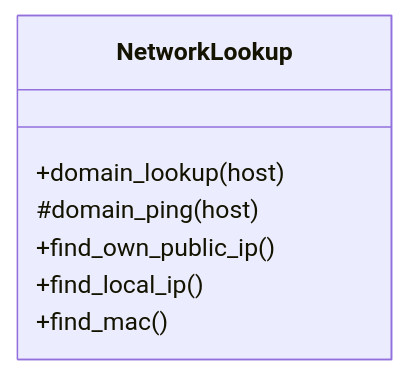
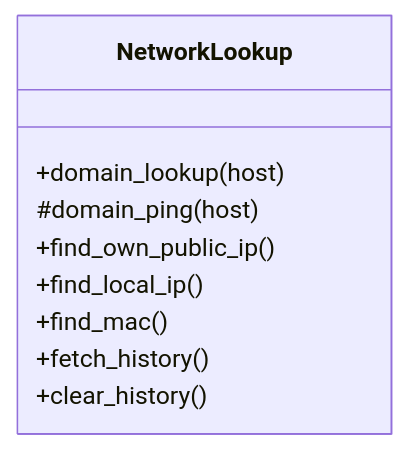
The first of 3 diagrams in dokumentaatio/arkkitehtuuri.md (weverhall/ot-harjoitustyo), drawn with Mermaid before and after one commit. The commit also changed other lines of this file and 4 other files, not shown here.

````diff
--- a/dokumentaatio/arkkitehtuuri.md
+++ b/dokumentaatio/arkkitehtuuri.md
@@ -11,10 +11,12 @@
 ```mermaid
 classDiagram
     class NetworkLookup{   
         +domain_lookup(host)
         #domain_ping(host)
         +find_own_public_ip()
         +find_local_ip()
         +find_mac()
+        +fetch_history()
+        +clear_history()
     }
 ```
````
